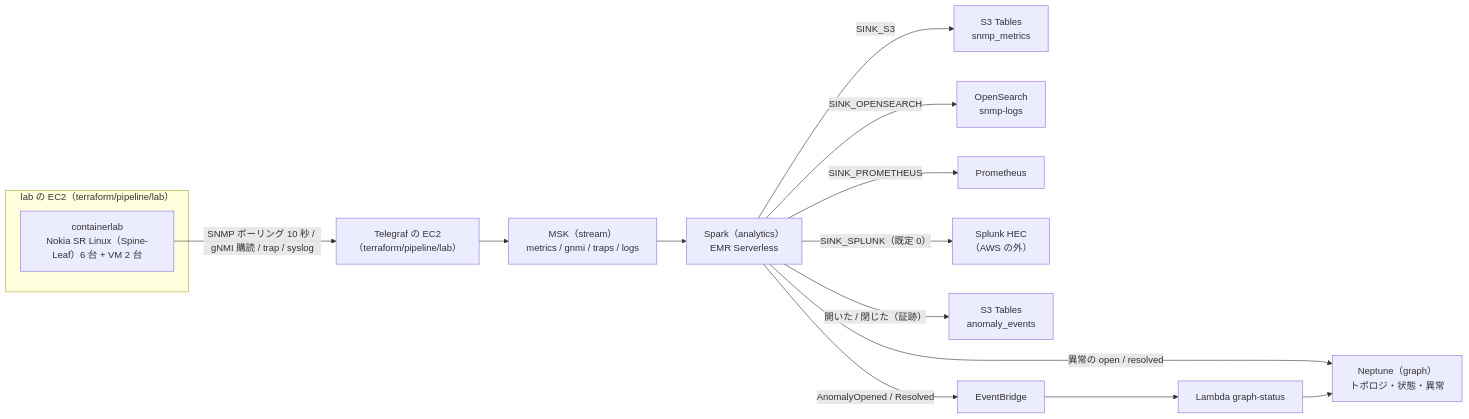
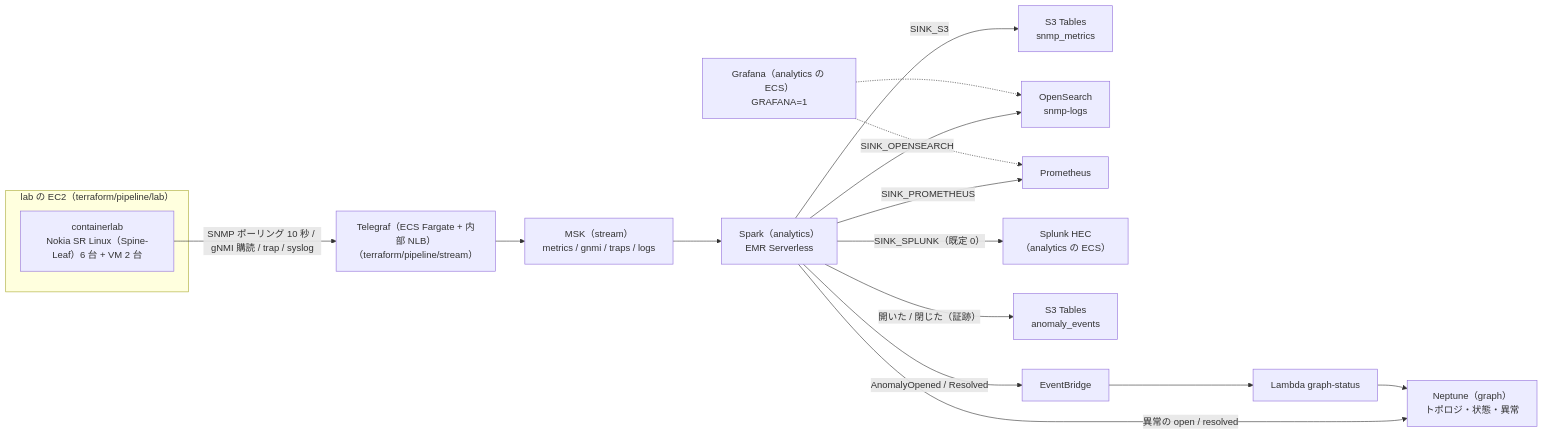
One commit to eddie-eights/cf-netops-sandbox changed the diagram in docs/pipeline.md. Above: the diagram before and after it, drawn with Mermaid. The commit also changed other lines of this file and 73 other files, not shown here.

````diff
--- a/docs/pipeline.md
+++ b/docs/pipeline.md
@@ -7,17 +7,19 @@
 ```mermaid
 flowchart LR
   subgraph LABEC2["lab の EC2（terraform/pipeline/lab）"]
     CLAB["containerlab<br/>Nokia SR Linux（Spine-Leaf）6 台 + VM 2 台"]
   end
-  CLAB -->|"SNMP ポーリング 10 秒 / gNMI 購読 / trap / syslog"| TG["Telegraf の EC2<br/>（terraform/pipeline/lab）"]
+  CLAB -->|"SNMP ポーリング 10 秒 / gNMI 購読 / trap / syslog"| TG["Telegraf（ECS Fargate + 内部 NLB）<br/>（terraform/pipeline/stream）"]
   TG --> MSK["MSK（stream）<br/>metrics / gnmi / traps / logs"]
   MSK --> SPARK["Spark（analytics）<br/>EMR Serverless"]
   SPARK -->|"SINK_S3"| ICE["S3 Tables<br/>snmp_metrics"]
   SPARK -->|"SINK_OPENSEARCH"| OS["OpenSearch<br/>snmp-logs"]
   SPARK -->|"SINK_PROMETHEUS"| PROM["Prometheus"]
-  SPARK -->|"SINK_SPLUNK（既定 0）"| SPL["Splunk HEC<br/>（AWS の外）"]
+  SPARK -->|"SINK_SPLUNK（既定 0）"| SPL["Splunk HEC<br/>（analytics の ECS）"]
   SPARK -->|"開いた / 閉じた（証跡）"| AEV["S3 Tables<br/>anomaly_events"]
   SPARK -->|"異常の open / resolved"| NEP["Neptune（graph）<br/>トポロジ・状態・異常"]
   SPARK -->|"AnomalyOpened / Resolved"| EB["EventBridge"]
   EB --> GL["Lambda graph-status"] --> NEP
+  GRAF["Grafana（analytics の ECS）<br/>GRAFANA=1"] -.-> OS
+  GRAF -.-> PROM
 ```
````
